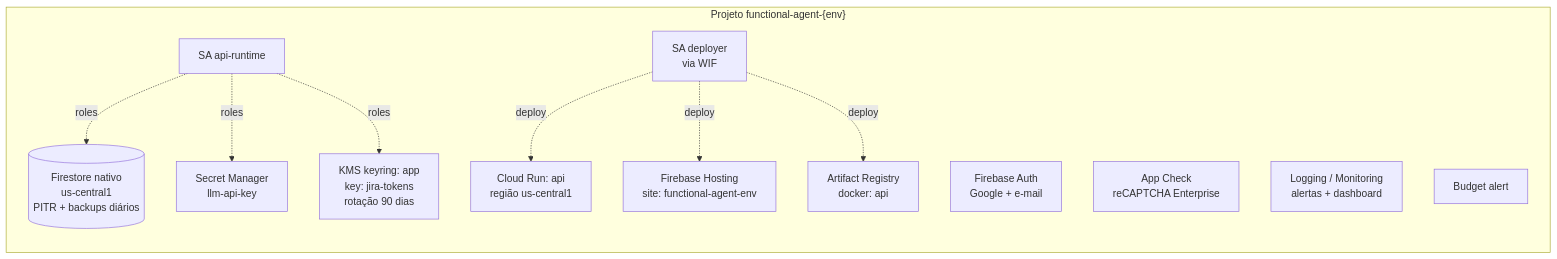
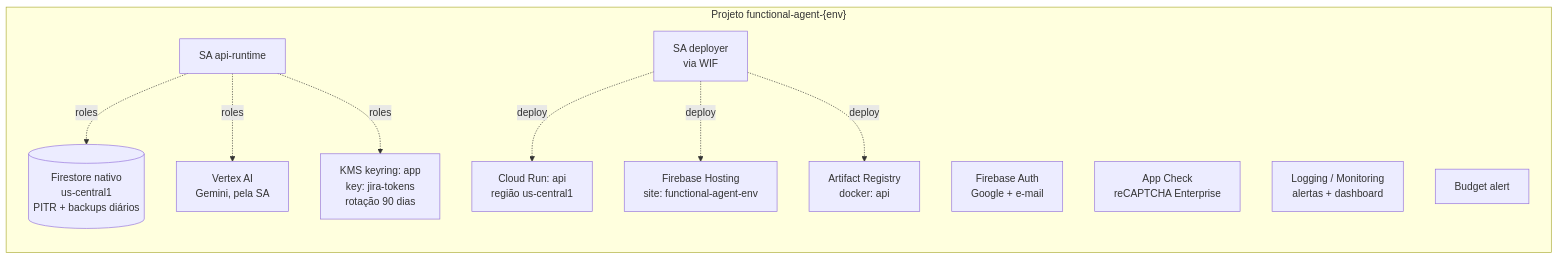
Before and after one commit to micaelleos/FunctionalAgent: the diagram in docs/modernizacao/05-infraestrutura.md, drawn with Mermaid. The commit also changed other lines of this file and 69 other files, not shown here.

First line of the commit message:
feat(F05): agente de chat com LangGraph + Gemini no Vertex AI, em streaming

````diff
--- a/docs/modernizacao/05-infraestrutura.md
+++ b/docs/modernizacao/05-infraestrutura.md
@@ -24,20 +24,20 @@
 ```mermaid
 flowchart TB
     subgraph P["Projeto functional-agent-{env}"]
         direction TB
         H[Firebase Hosting<br/>site: functional-agent-env]
         A[Firebase Auth<br/>Google + e-mail]
         AC[App Check<br/>reCAPTCHA Enterprise]
         CR[Cloud Run: api<br/>região us-central1]
         AR[Artifact Registry<br/>docker: api]
         F[(Firestore nativo<br/>us-central1<br/>PITR + backups diários)]
-        S[Secret Manager<br/>llm-api-key]
+        S[Vertex AI<br/>Gemini, pela SA]
         K[KMS keyring: app<br/>key: jira-tokens<br/>rotação 90 dias]
         L[Logging / Monitoring<br/>alertas + dashboard]
         B[Budget alert]
         SA1[SA api-runtime]
         SA2[SA deployer<br/>via WIF]
     end
     SA1 -. roles .-> F & S & K
     SA2 -. deploy .-> CR & H & AR
 ```
````
